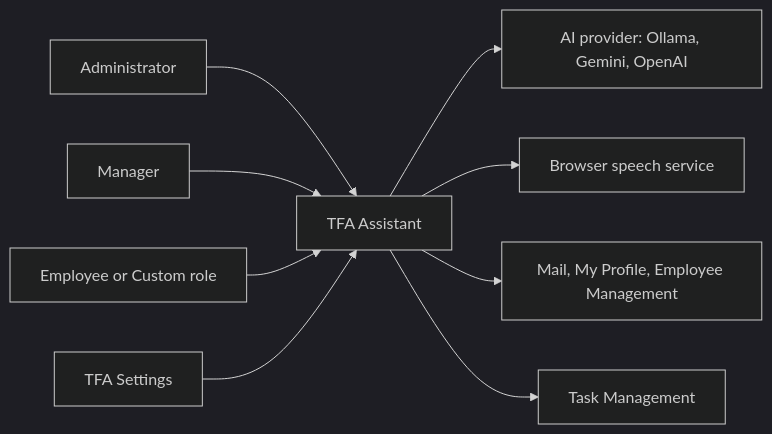
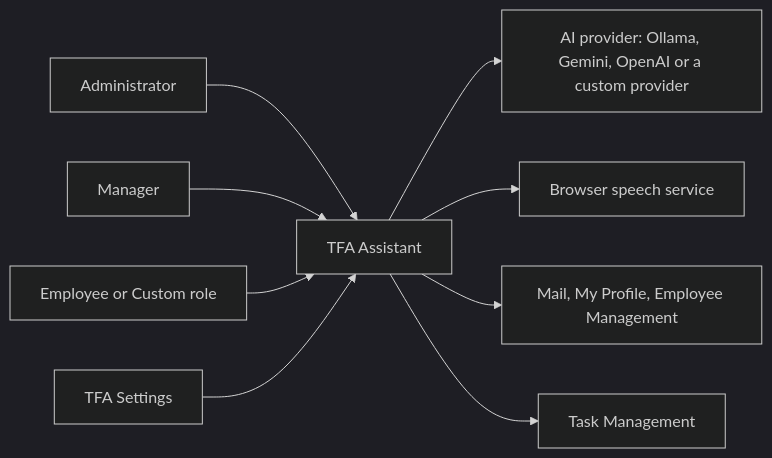
Before and after one commit to jojogeorge3344/TaskFlow-Project: the first of 11 diagrams in TF - Documents/TF - FRD/08-TFA-Assistant/08.1-Assistant/FRD-Assistant.md, drawn with Mermaid (dark theme). The commit also changed other lines of this file and 8 other files, not shown here.

````diff
--- a/TF - Documents/TF - FRD/08-TFA-Assistant/08.1-Assistant/FRD-Assistant.md
+++ b/TF - Documents/TF - FRD/08-TFA-Assistant/08.1-Assistant/FRD-Assistant.md
@@ -92,11 +93,11 @@
 ```mermaid
 flowchart LR
   U1["Administrator"] --> S["TFA Assistant"]
   U2["Manager"] --> S
   U3["Employee or Custom role"] --> S
-  S --> P["AI provider: Ollama, Gemini, OpenAI"]
+  S --> P["AI provider: Ollama, Gemini, OpenAI or a custom provider"]
   S --> B["Browser speech service"]
   S --> M["Mail, My Profile, Employee Management"]
   S --> T["Task Management"]
   C["TFA Settings"] --> S
 ```
````
